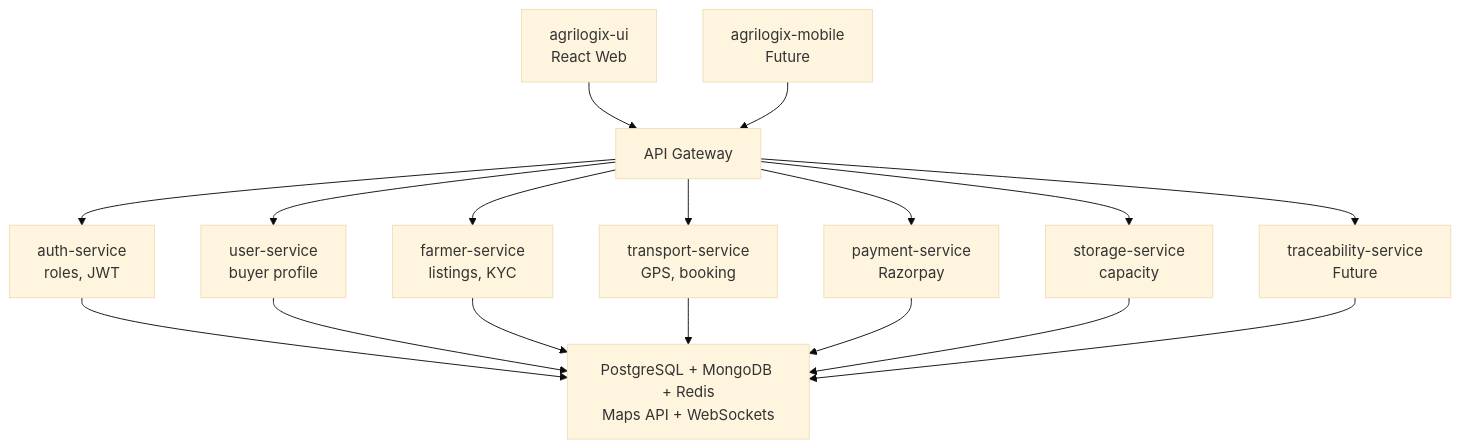
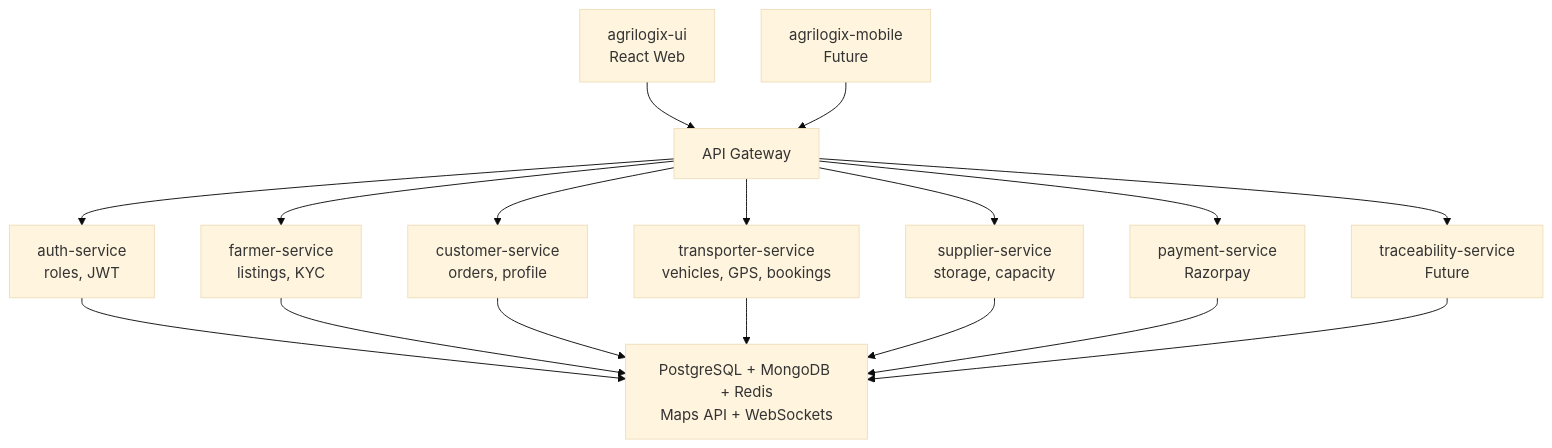
One commit to Kunal-Katkar/Cloud-Native-Food-Delivery-Platform changed the fifth of 5 diagrams in README.md. Above: the diagram before and after it, drawn with Mermaid (base theme). The commit also changed other lines of this file, not shown here.

````diff
--- a/README.md
+++ b/README.md
@@ -228,38 +392,35 @@
 ```mermaid
 flowchart TB
     WEB["agrilogix-ui<br/>React Web"]
     MOBILE["agrilogix-mobile<br/>Future"]
     GW["API Gateway"]
 
     AUTH_SVC["auth-service<br/>roles, JWT"]
-    USER_SVC["user-service<br/>buyer profile"]
     FARMER_SVC["farmer-service<br/>listings, KYC"]
-
-    TRANS_SVC["transport-service<br/>GPS, booking"]
+    CUST_SVC["customer-service<br/>orders, profile"]
+    TRANS_SVC["transporter-service<br/>vehicles, GPS, bookings"]
+    SUPP_SVC["supplier-service<br/>storage, capacity"]
     PAY_SVC["payment-service<br/>Razorpay"]
-    STORE_SVC["storage-service<br/>capacity"]
-
     TRACE_SVC["traceability-service<br/>Future"]
 
     DATA["PostgreSQL + MongoDB + Redis<br/>Maps API + WebSockets"]
 
     WEB --> GW
     MOBILE --> GW
 
     GW --> AUTH_SVC
-    GW --> USER_SVC
     GW --> FARMER_SVC
+    GW --> CUST_SVC
     GW --> TRANS_SVC
+    GW --> SUPP_SVC
     GW --> PAY_SVC
-    GW --> STORE_SVC
+    GW --> TRACE_SVC
 
     AUTH_SVC --> DATA
-    USER_SVC --> DATA
     FARMER_SVC --> DATA
+    CUST_SVC --> DATA
     TRANS_SVC --> DATA
+    SUPP_SVC --> DATA
     PAY_SVC --> DATA
-    STORE_SVC --> DATA
-
     TRACE_SVC --> DATA
-    GW --> TRACE_SVC
 ```
````
